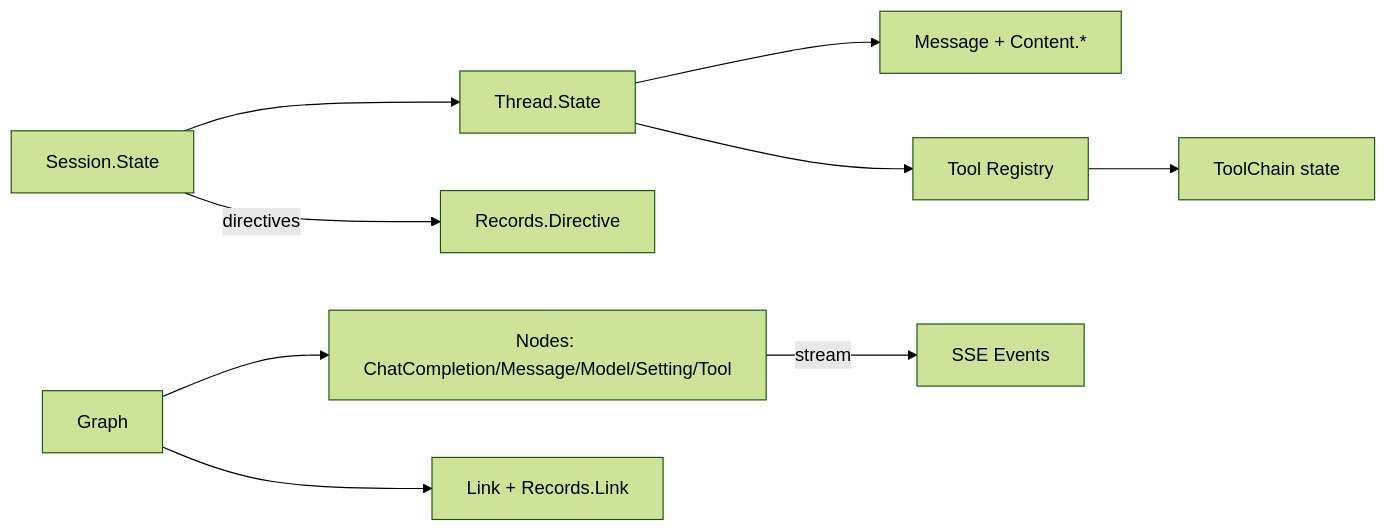
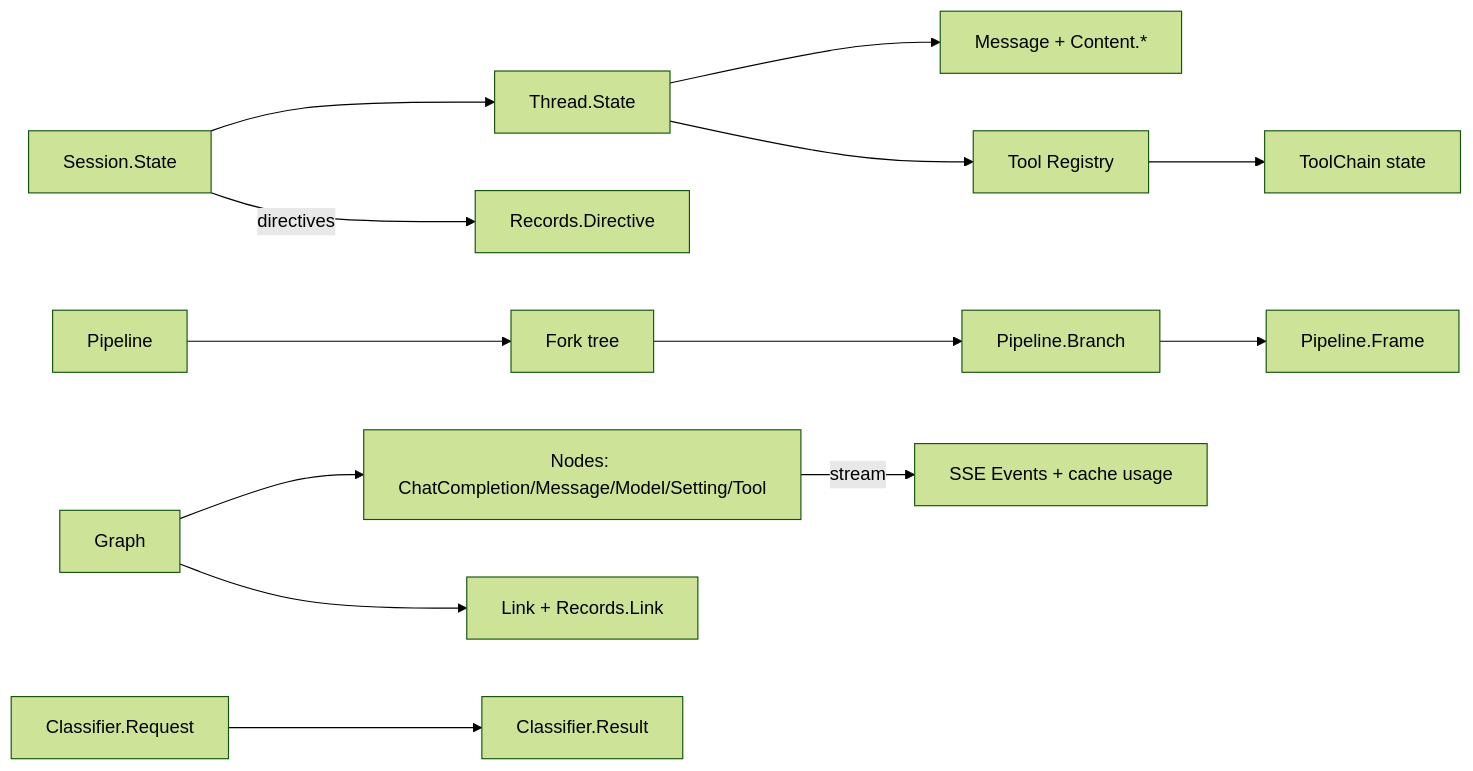
The diagram in docs/PROJ-SCHEMA.md (noizu-labs-ml/genai-core), drawn with Mermaid (forest theme) before and after one commit. The commit also changed other lines of this file and 9 other files, not shown here.

First line of the commit message:
docs: doc-sweep 2026-10-26 (layout/arch/schema/threat-model)

````diff
--- a/docs/PROJ-SCHEMA.md
+++ b/docs/PROJ-SCHEMA.md
@@ -141,11 +162,15 @@
 ```mermaid
 graph LR
     Session[Session.State] --> Thread[Thread.State]
     Session -->|directives| DirRec[Records.Directive]
     Thread --> Messages[Message + Content.*]
     Thread --> Tools[Tool Registry]
+    Fork[Fork tree] --> Branches[Pipeline.Branch]
+    Branches --> Frames[Pipeline.Frame]
+    Pipeline[Pipeline] --> Fork
     Graph[Graph] --> Nodes[Nodes: ChatCompletion/Message/Model/Setting/Tool]
     Graph --> Link[Link + Records.Link]
-    Nodes -->|stream| SSE[SSE Events]
+    Nodes -->|stream| SSE[SSE Events + cache usage]
+    ClsReq[Classifier.Request] --> ClsRes[Classifier.Result]
     Tools --> ToolChain[ToolChain state]
 ```
````
